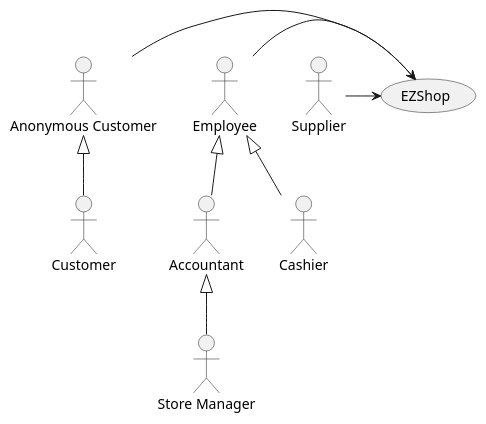
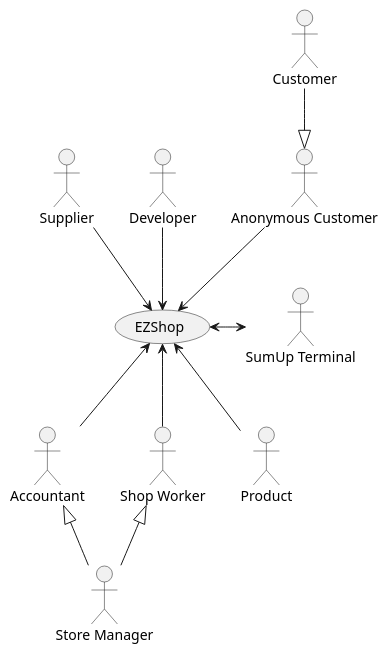
Before and after one commit to polito-se2-21-r03/se1-ezshop: the first of 8 diagrams in Deliverables/RequirementsDocument.md, drawn with PlantUML. The commit also changed other lines of this file, not shown here.

Commit message:
Updated the stakeholder diagram

````diff
--- a/Deliverables/RequirementsDocument.md
+++ b/Deliverables/RequirementsDocument.md
@@ -59,17 +58,27 @@
 ```plantuml
+@startuml
 top to bottom direction
-actor Employee as e
-actor :Store Manager: as m
-actor Accountant as a
-actor Cashier as c
-actor Supplier as s
-actor Customer as rc
-actor :Anonymous Customer: as ac
-m -up-|> a
-a -up-|> e
-c -up-|> e
-rc -up-|> ac
-e -> (EZShop)
-s -> (EZShop)
-ac -> (EZShop)
+actor :Store Manager: as StoreManager
+
+actor :Shop Worker: as ShopWorker
+actor Accountant
+actor Supplier
+actor Developer
+actor :Anonymous Customer: as AnonCustomer
+actor :SumUp Terminal: as SumUp
+actor Product
+
+Customer -down-|> AnonCustomer
+StoreManager -up-|> ShopWorker
+StoreManager -up-|> Accountant
+
+Accountant -up-> (EZShop)
+ShopWorker -up-> (EZShop)
+
+Product -up-> (EZShop)
+Supplier -down-> (EZShop)
+Developer -down-> (EZShop)
+AnonCustomer -down-> (EZShop)
+SumUp <-left-> (EZShop)
+@enduml
 ```
````
